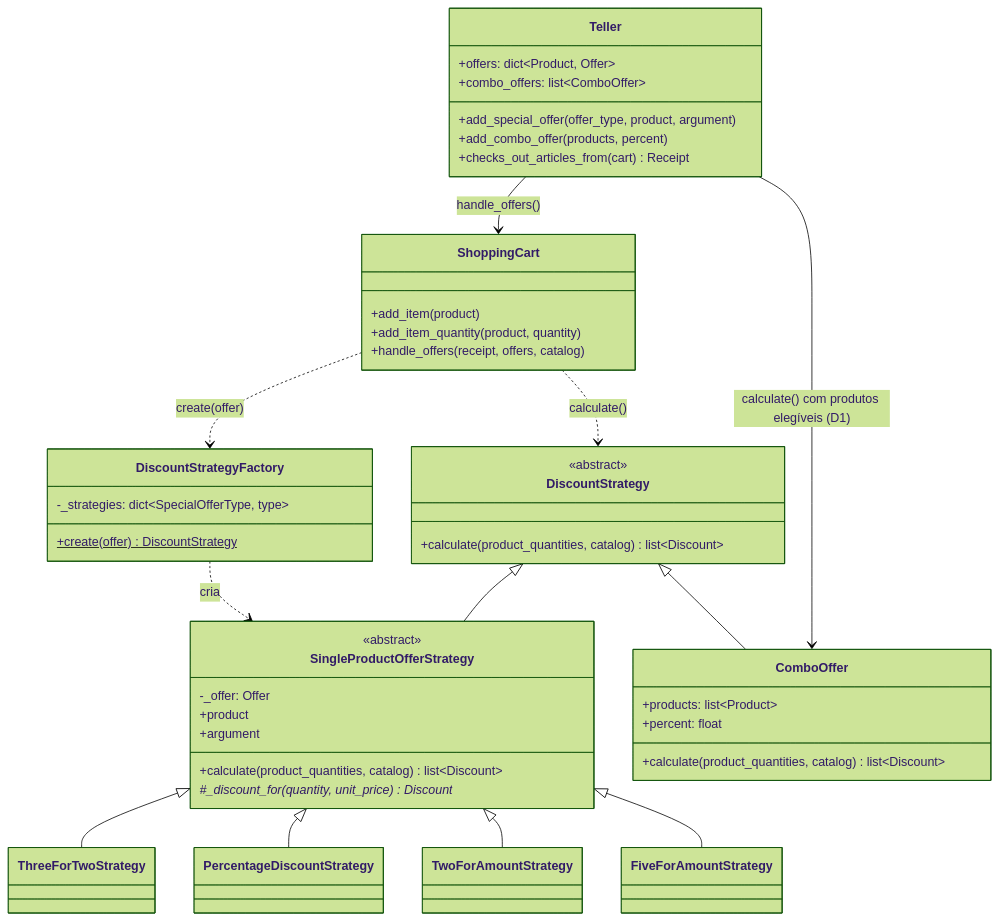
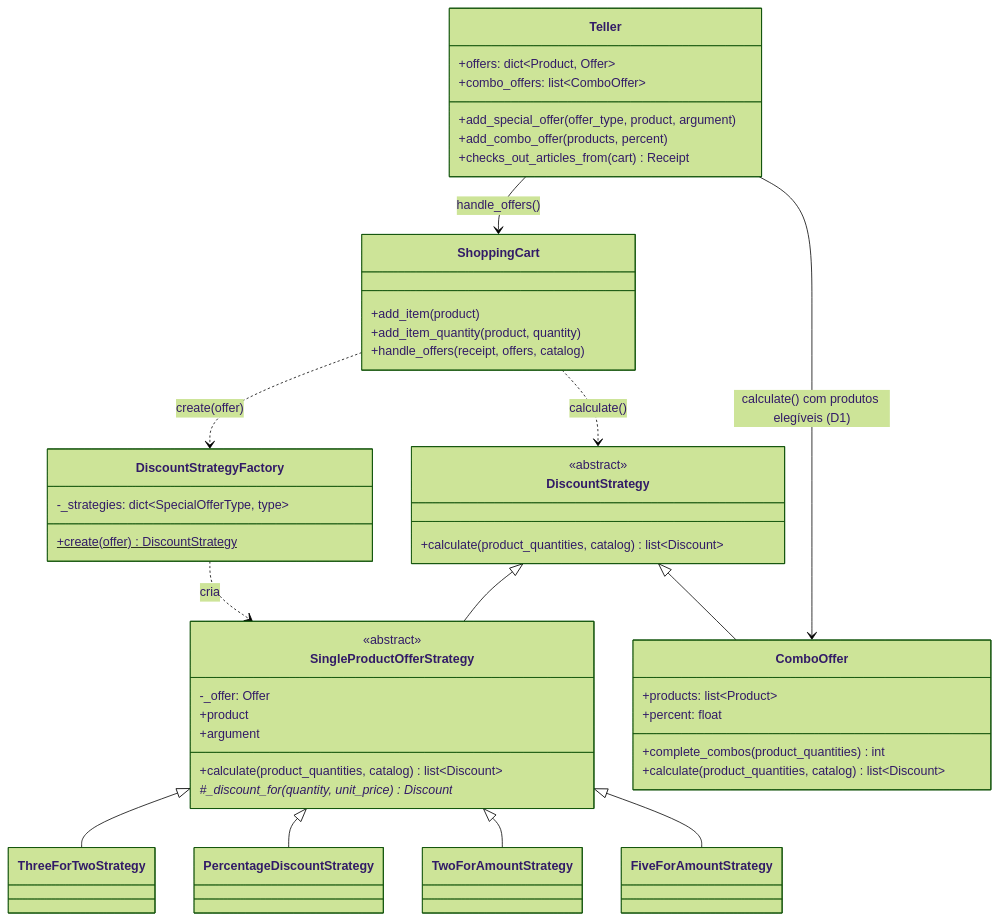
One commit to VictorBarretoAndrade/SuperMarket_av3 changed the second of 2 diagrams in docs/padroes_projeto.md. Above: the diagram before and after it, drawn with Mermaid (forest theme). The commit also changed other lines of this file and 6 other files, not shown here.

````diff
--- a/docs/padroes_projeto.md
+++ b/docs/padroes_projeto.md
@@ -214,52 +214,53 @@
 ```mermaid
 classDiagram
     class DiscountStrategy {
         <<abstract>>
         +calculate(product_quantities, catalog) list~Discount~
     }
     class SingleProductOfferStrategy {
         <<abstract>>
         -_offer: Offer
         +product
         +argument
         +calculate(product_quantities, catalog) list~Discount~
         #_discount_for(quantity, unit_price)* Discount
     }
     class ThreeForTwoStrategy
     class PercentageDiscountStrategy
     class TwoForAmountStrategy
     class FiveForAmountStrategy
     class DiscountStrategyFactory {
         -_strategies: dict~SpecialOfferType, type~
         +create(offer)$ DiscountStrategy
     }
     class ShoppingCart {
         +add_item(product)
         +add_item_quantity(product, quantity)
         +handle_offers(receipt, offers, catalog)
     }
     class ComboOffer {
         +products: list~Product~
         +percent: float
+        +complete_combos(product_quantities) int
         +calculate(product_quantities, catalog) list~Discount~
     }
     class Teller {
         +offers: dict~Product, Offer~
         +combo_offers: list~ComboOffer~
         +add_special_offer(offer_type, product, argument)
         +add_combo_offer(products, percent)
         +checks_out_articles_from(cart) Receipt
     }
 
     DiscountStrategy <|-- SingleProductOfferStrategy
     DiscountStrategy <|-- ComboOffer
     SingleProductOfferStrategy <|-- ThreeForTwoStrategy
     SingleProductOfferStrategy <|-- PercentageDiscountStrategy
     SingleProductOfferStrategy <|-- TwoForAmountStrategy
     SingleProductOfferStrategy <|-- FiveForAmountStrategy
     DiscountStrategyFactory ..> SingleProductOfferStrategy : cria
     ShoppingCart ..> DiscountStrategyFactory : create(offer)
     ShoppingCart ..> DiscountStrategy : calculate()
     Teller --> ShoppingCart : handle_offers()
     Teller --> ComboOffer : calculate() com produtos elegíveis (D1)
 ```
````
